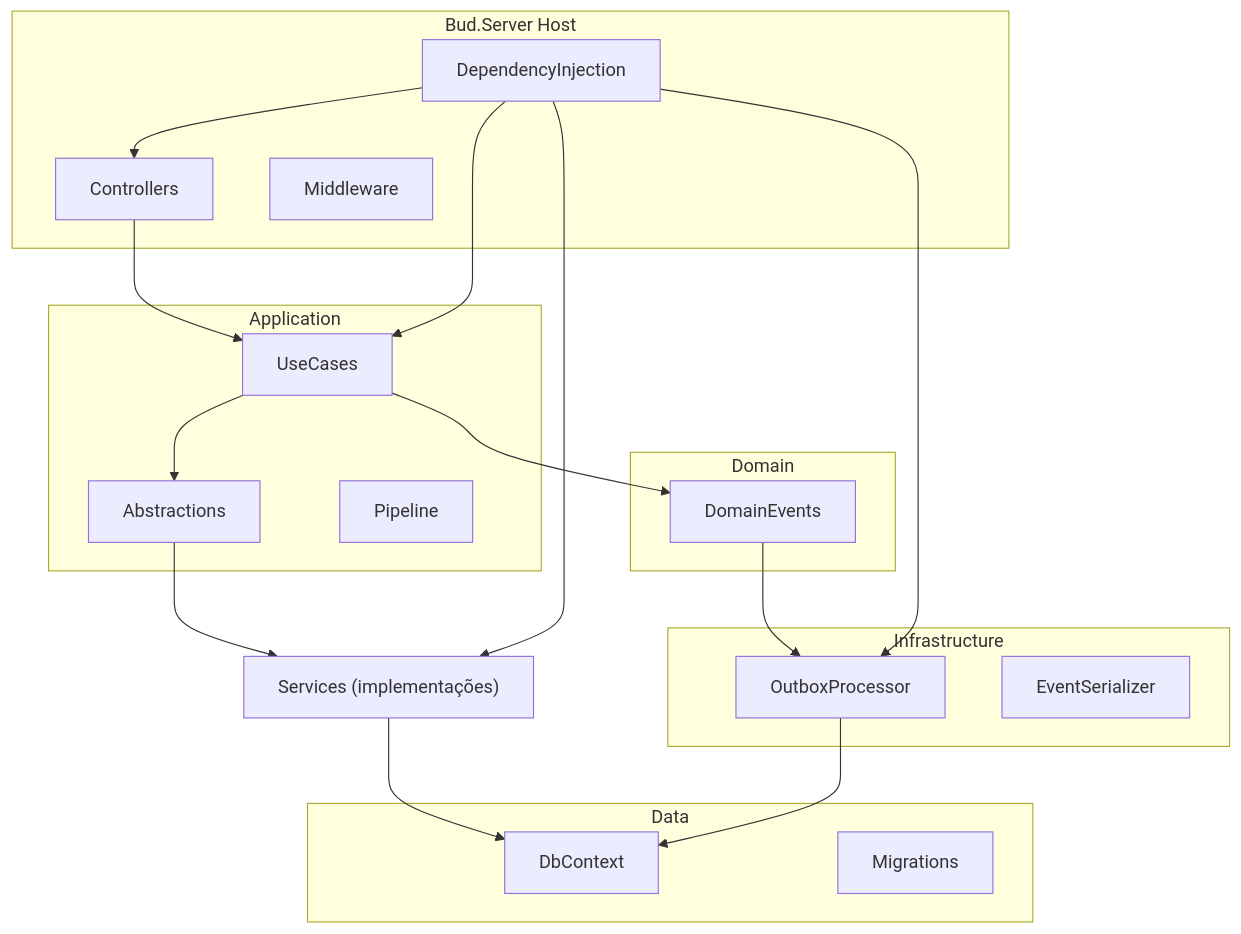
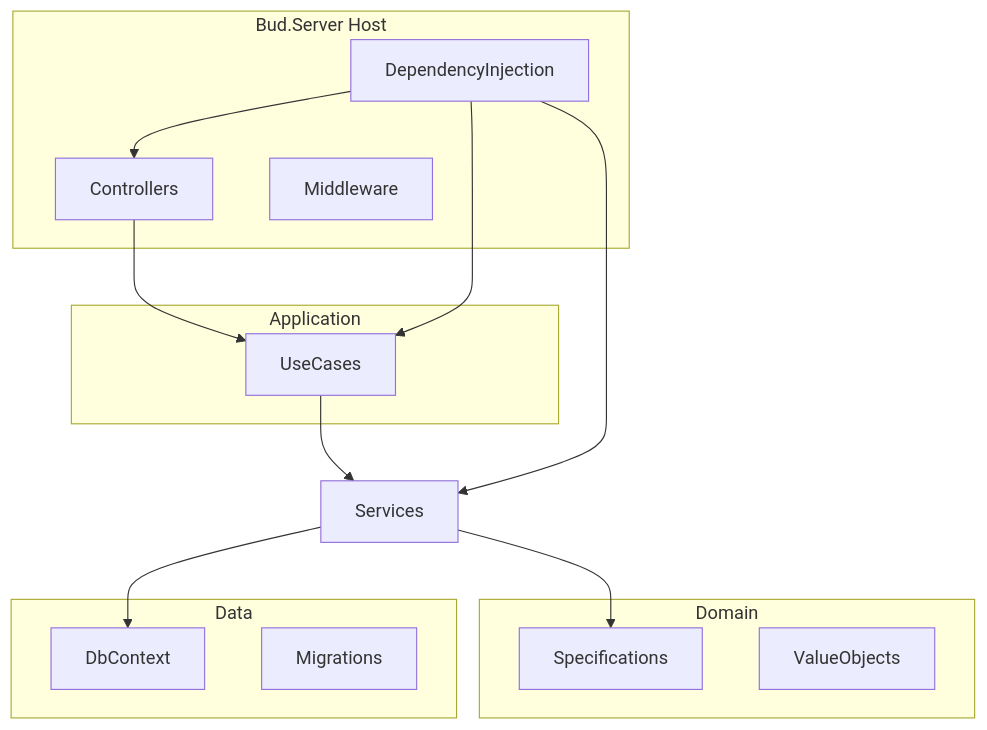
Before and after one commit to dsbraz/bud: the seventh of 10 diagrams in README.md, drawn with Mermaid. The commit also changed other lines of this file and 364 other files, not shown here.

````diff
--- a/README.md
+++ b/README.md
@@ -293,36 +250,27 @@
 ```mermaid
 flowchart TB
     subgraph Host["Bud.Server Host"]
       Controllers
       Middleware
       DependencyInjection
     end
     subgraph App["Application"]
       UseCases
-      Abstractions
-      Pipeline
     end
     subgraph Domain["Domain"]
-      DomainEvents
-    end
-    subgraph Infra["Infrastructure"]
-      OutboxProcessor
-      EventSerializer
+      Specifications
+      ValueObjects
     end
     subgraph Data["Data"]
       DbContext
       Migrations
     end
 
     Controllers --> UseCases
-    UseCases --> Abstractions
-    Abstractions --> Services["Services (implementações)"]
+    UseCases --> Services["Services"]
     Services --> DbContext
-    UseCases --> DomainEvents
-    DomainEvents --> OutboxProcessor
-    OutboxProcessor --> DbContext
+    Services --> Specifications
     DependencyInjection --> Controllers
     DependencyInjection --> UseCases
     DependencyInjection --> Services
-    DependencyInjection --> OutboxProcessor
 ```
````
